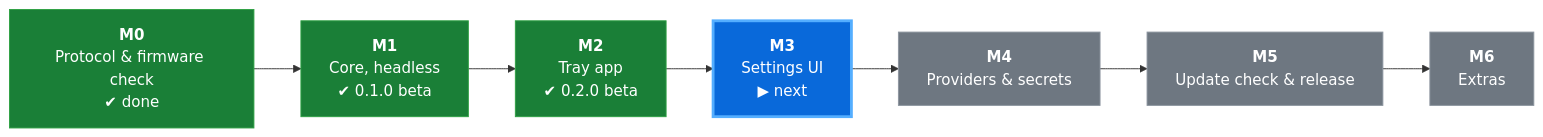
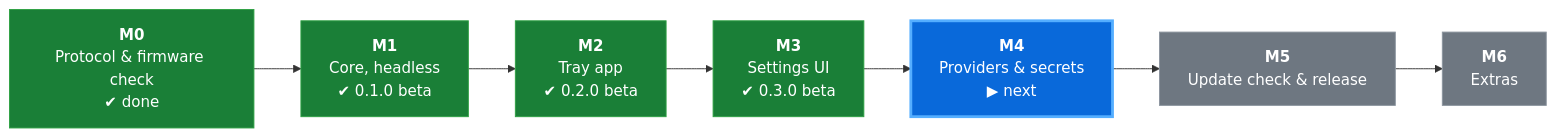
One commit to MrUrdam/chilkey_nd104_utilities changed the diagram in apps/nd104-sync/README.md. Above: the diagram before and after it, drawn with Mermaid. The commit also changed other lines of this file and 44 other files, not shown here.

````diff
--- a/apps/nd104-sync/README.md
+++ b/apps/nd104-sync/README.md
@@ -450,15 +473,15 @@
 ```mermaid
 flowchart LR
     M0["<b>M0</b><br/>Protocol &amp; firmware check<br/>✔ done"]:::done
     M1["<b>M1</b><br/>Core, headless<br/>✔ 0.1.0 beta"]:::done
     M2["<b>M2</b><br/>Tray app<br/>✔ 0.2.0 beta"]:::done
-    M3["<b>M3</b><br/>Settings UI<br/>▶ next"]:::current
-    M4["<b>M4</b><br/>Providers &amp; secrets"]:::todo
+    M3["<b>M3</b><br/>Settings UI<br/>✔ 0.3.0 beta"]:::done
+    M4["<b>M4</b><br/>Providers &amp; secrets<br/>▶ next"]:::current
     M5["<b>M5</b><br/>Update check &amp; release"]:::todo
     M6["<b>M6</b><br/>Extras"]:::todo
     M0 --> M1 --> M2 --> M3 --> M4 --> M5 --> M6
 
     classDef done fill:#1a7f37,stroke:#2ea043,color:#ffffff
     classDef current fill:#0969da,stroke:#54aeff,color:#ffffff,stroke-width:3px
     classDef todo fill:#6e7781,stroke:#8c959f,color:#ffffff
 ```
````
